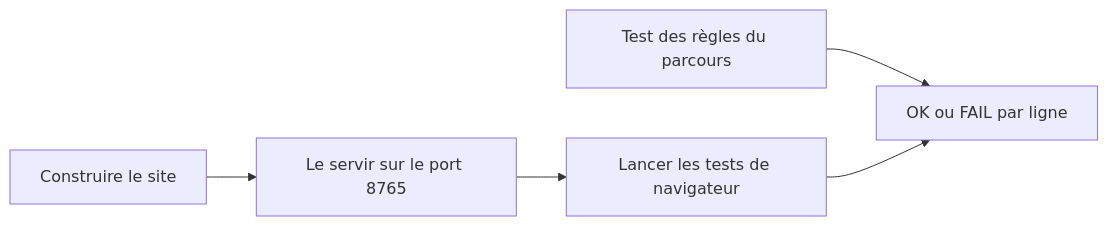
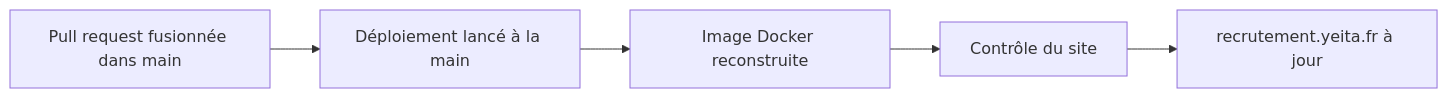
Before and after one commit to design-cpu/yeita-recrutement: the diagram in hlyja/technique/conventions.humain.md, drawn with Mermaid. The commit also changed other lines of this file and 7 other files, not shown here.

````diff
--- a/hlyja/technique/conventions.humain.md
+++ b/hlyja/technique/conventions.humain.md
@@ -28,7 +28,7 @@
 ```mermaid
 flowchart LR
-  A[Construire le site] --> B[Le servir sur le port 8765]
-  B --> C[Lancer les tests de navigateur]
-  D[Test des règles du parcours] --> E[OK ou FAIL par ligne]
-  C --> E
+  A[Pull request fusionnée dans main] --> B[Déploiement lancé à la main]
+  B --> C[Image Docker reconstruite]
+  C --> D[Contrôle du site]
+  D --> E[recrutement.yeita.fr à jour]
 ```
````
